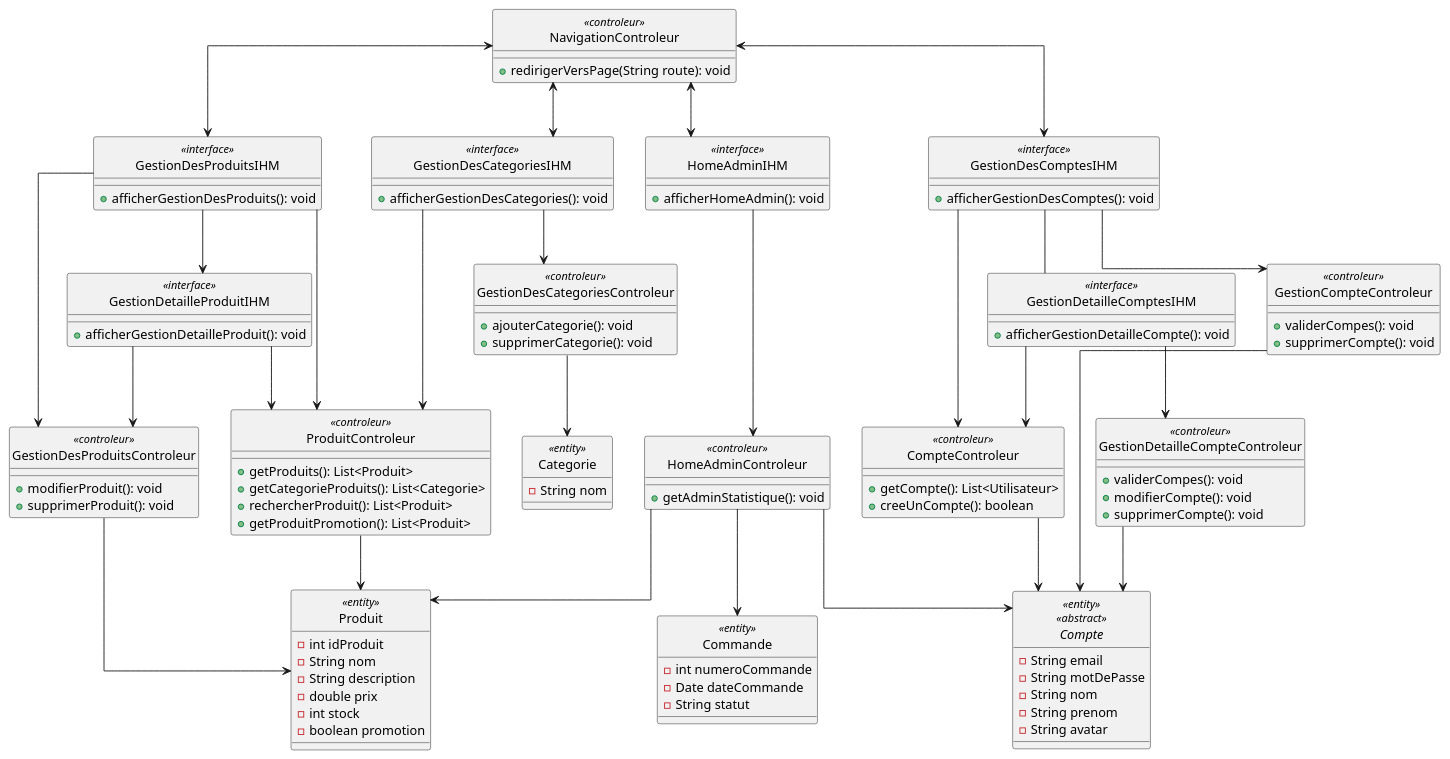
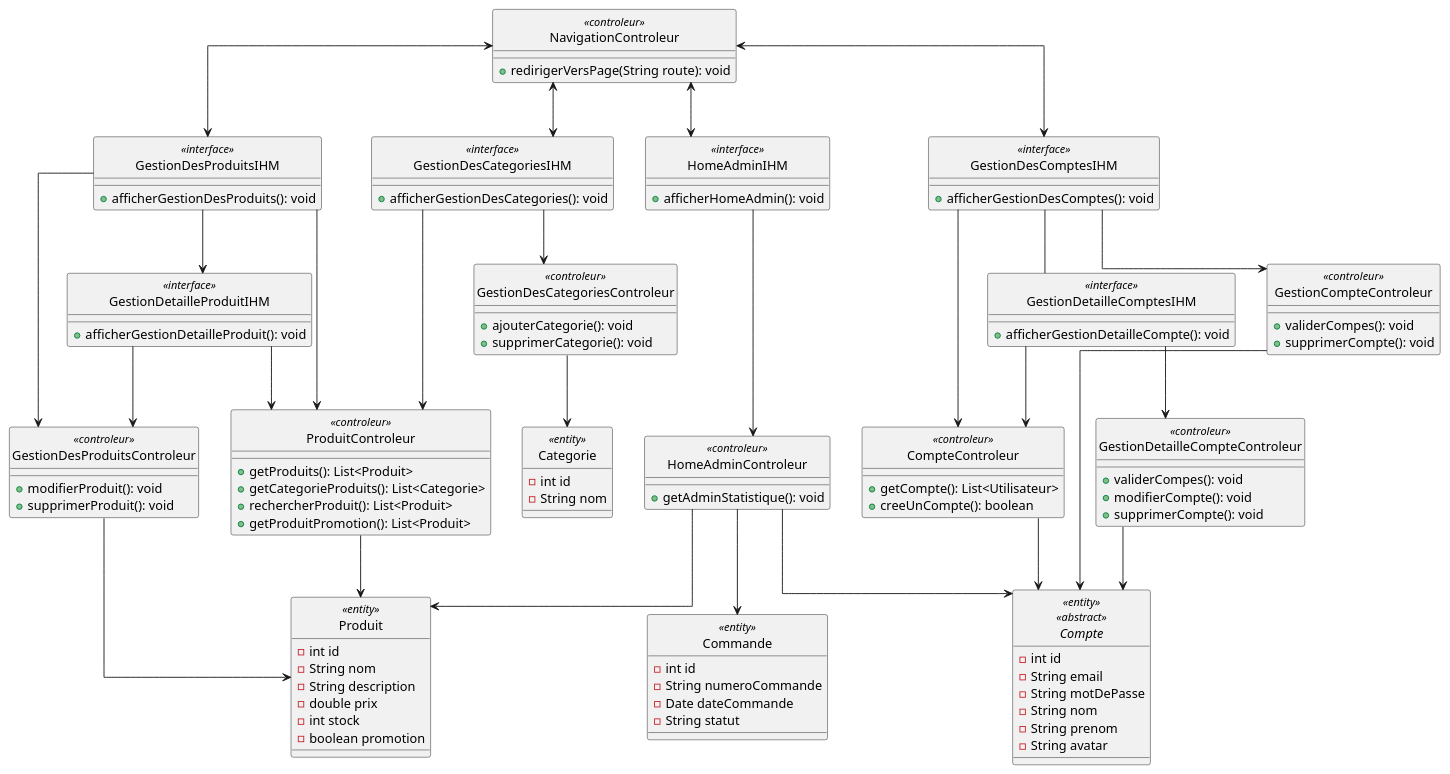
Before and after one commit to MehediT/BoutiqueLigneAudiovisuels: the diagram in Class/ClassDiagramParticipante_Admin.puml, drawn with PlantUML. The commit also changed 2 other files, not shown here.

Commit message:
remove methode for class diagram add id for class

```diff
--- a/Class/ClassDiagramParticipante_Admin.puml
+++ b/Class/ClassDiagramParticipante_Admin.puml
@@ -1,133 +1,136 @@
 @startuml
 hide circle
 skinparam linetype ortho
 skinparam lineStyle jumps
 
 '------------------- IHM -------------------'
 
 class GestionDesProduitsIHM <<interface>>{
     + afficherGestionDesProduits(): void
 }
 
 class GestionDesComptesIHM <<interface>>{
     + afficherGestionDesComptes(): void
 }
 class GestionDetailleComptesIHM <<interface>>{
     + afficherGestionDetailleCompte(): void
 }
 
 class GestionDesCategoriesIHM <<interface>>{
     + afficherGestionDesCategories(): void
 }
 
 class GestionDetailleProduitIHM <<interface>>{
     + afficherGestionDetailleProduit(): void
 }
 
 class HomeAdminIHM <<interface>>{
     + afficherHomeAdmin(): void
 }
 
 '------------------- Contrôleur -------------------'
 
 class CompteControleur <<controleur>>{
     + getCompte(): List<Utilisateur>
     + creeUnCompte(): boolean
 }
 class ProduitControleur <<controleur>>{
     + getProduits(): List<Produit>
     + getCategorieProduits(): List<Categorie>
     + rechercherProduit(): List<Produit>
     + getProduitPromotion(): List<Produit>
 }
 class NavigationControleur <<controleur>>{
     + redirigerVersPage(String route): void
 }
 class HomeAdminControleur <<controleur>>{
     + getAdminStatistique(): void
 }
 class GestionDesProduitsControleur <<controleur>>{
     + modifierProduit(): void
     + supprimerProduit(): void
 }
 class GestionCompteControleur <<controleur>>{
     + validerCompes(): void
     + supprimerCompte(): void
 
 }
 class GestionDetailleCompteControleur <<controleur>>{
     + validerCompes(): void
     + modifierCompte(): void
     + supprimerCompte(): void
 }
 class GestionDesCategoriesControleur <<controleur>>{
     + ajouterCategorie(): void
     + supprimerCategorie(): void
 }
 
 '-------------------Laison-------------------'
 NavigationControleur <--> HomeAdminIHM
 NavigationControleur <--> GestionDesProduitsIHM
 NavigationControleur <--> GestionDesComptesIHM
 NavigationControleur <--> GestionDesCategoriesIHM
 
 CompteControleur --> Compte
 
 ProduitControleur --> Produit
 
 HomeAdminIHM --> HomeAdminControleur
 HomeAdminControleur --> Produit
 HomeAdminControleur --> Compte
 HomeAdminControleur --> Commande
 
 GestionDesProduitsIHM --> ProduitControleur
 GestionDesProduitsIHM --> GestionDesProduitsControleur
 GestionDesProduitsIHM --> GestionDetailleProduitIHM
 GestionDesComptesIHM -- GestionDetailleComptesIHM
 
 GestionDesProduitsControleur --> Produit
 
 GestionDetailleProduitIHM --> ProduitControleur
 GestionDetailleProduitIHM --> GestionDesProduitsControleur
 
 GestionDesComptesIHM --> CompteControleur
 GestionDesComptesIHM --> GestionCompteControleur
 
 GestionCompteControleur --> Compte
 
 GestionDetailleComptesIHM --> CompteControleur
 GestionDetailleComptesIHM --> GestionDetailleCompteControleur
 
 GestionDetailleCompteControleur --> Compte
 
 GestionDesCategoriesIHM --> ProduitControleur
 GestionDesCategoriesIHM --> GestionDesCategoriesControleur
 GestionDesCategoriesControleur --> Categorie
 
 '------------------- Class / Entity -------------------'
 
 abstract class Compte <<entity>><<abstract>> {
+    - int id
     - String email
     - String motDePasse
     - String nom
     - String prenom
     - String avatar
 }
 class Produit <<entity>>{
-    - int idProduit
+    - int id
     - String nom
     - String description
     - double prix
     - int stock
     - boolean promotion
 }
 class Commande <<entity>> {
-    - int numeroCommande
+    - int id
+    - String numeroCommande
     - Date dateCommande
     - String statut
 }
 class Categorie <<entity>> {
+    - int id
     - String nom
 }
 
 @enduml
```
